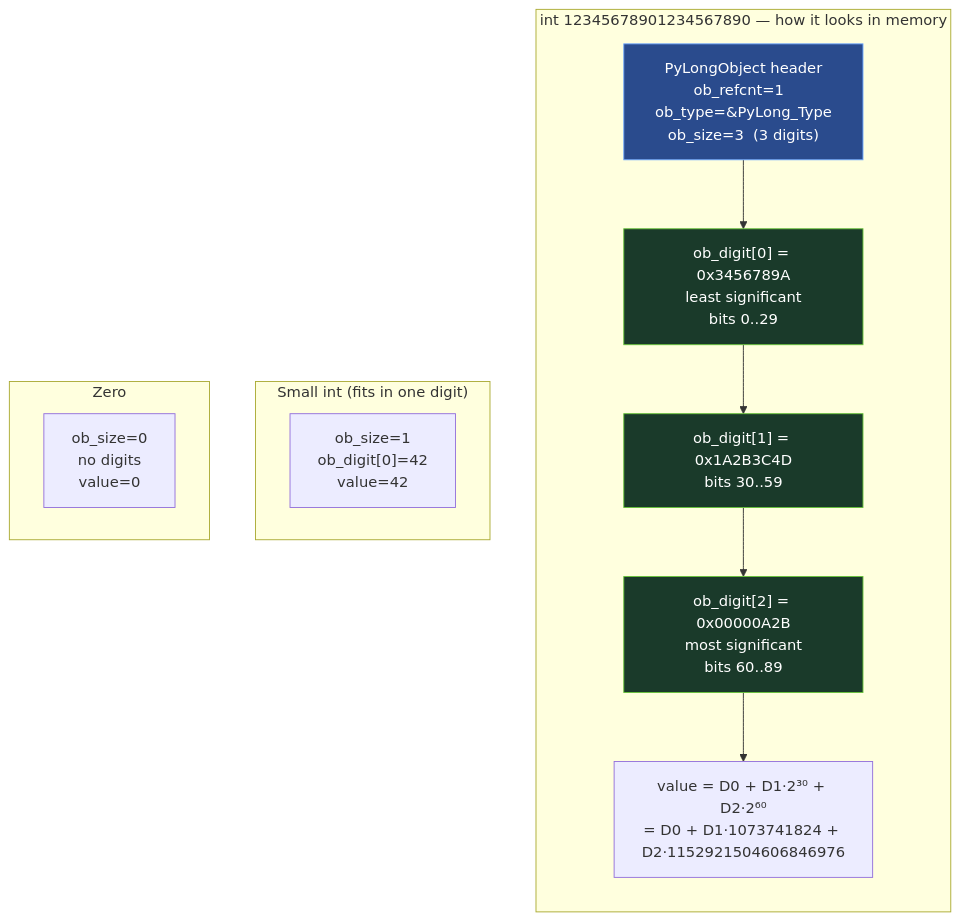
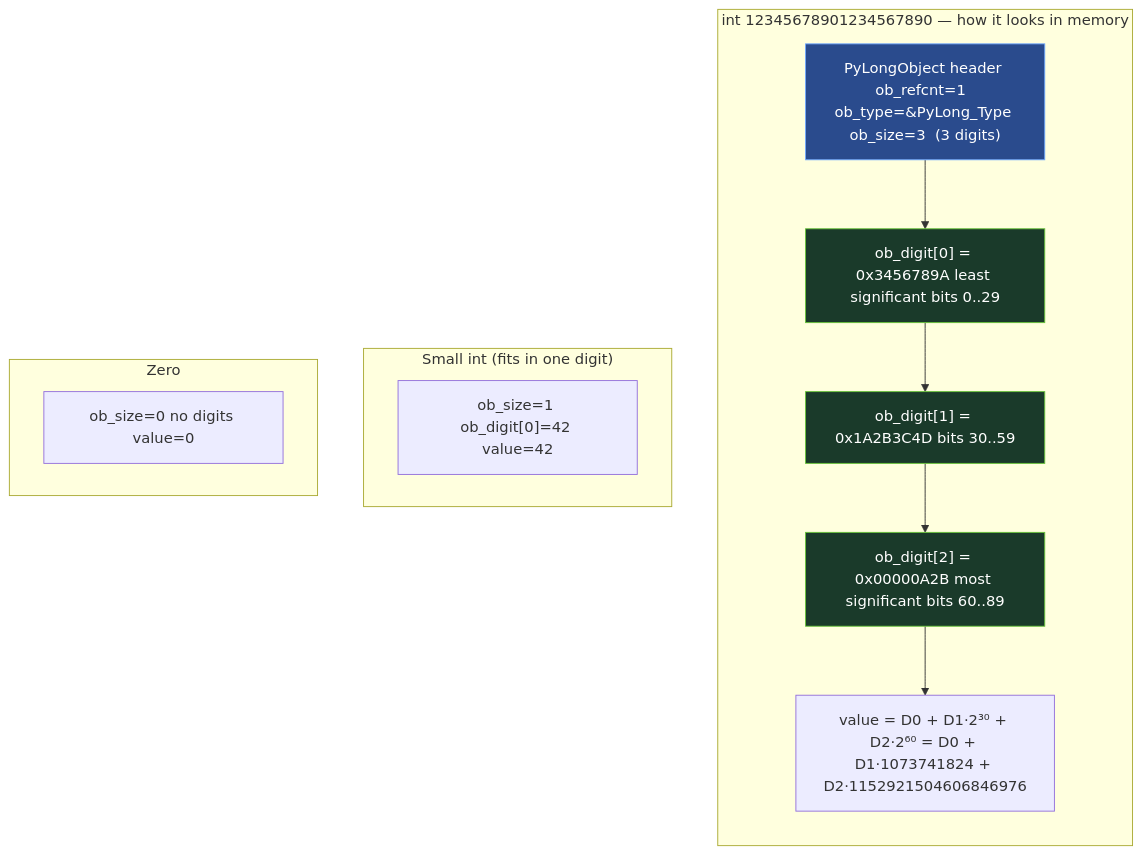
One commit to bumbsclaw/textbooks changed the seventh of 8 diagrams in vol-16-python-cpython-internals/ch02-objects-refcount.md. Above: the diagram before and after it, drawn with Mermaid. The commit also changed other lines of this file and 9 other files, not shown here.

First line of the commit message:
fix(pdf, mermaid): syntax-highlighted code blocks + diagram label fixes

````diff
--- a/vol-16-python-cpython-internals/ch02-objects-refcount.md
+++ b/vol-16-python-cpython-internals/ch02-objects-refcount.md
@@ -883,26 +883,26 @@
 ```mermaid
 flowchart TB
     subgraph INT1234["int 12345678901234567890 — how it looks in memory"]
         direction TB
-        HDR["PyLongObject header<br/>ob_refcnt=1  ob_type=&PyLong_Type<br/>ob_size=3  (3 digits)"]
-        D0["ob_digit[0] = 0x3456789A<br/>least significant<br/>bits 0..29"]
-        D1["ob_digit[1] = 0x1A2B3C4D<br/>bits 30..59"]
-        D2["ob_digit[2] = 0x00000A2B<br/>most significant<br/>bits 60..89"]
+        HDR["PyLongObject header ob_refcnt=1  ob_type=&PyLong_Type ob_size=3  (3 digits)"]
+        D0["ob_digit[0] = 0x3456789A least significant bits 0..29"]
+        D1["ob_digit[1] = 0x1A2B3C4D bits 30..59"]
+        D2["ob_digit[2] = 0x00000A2B most significant bits 60..89"]
         HDR --> D0 --> D1 --> D2
-        VAL["value = D0 + D1·2³⁰ + D2·2⁶⁰<br/>= D0 + D1·1073741824 + D2·1152921504606846976"]
+        VAL["value = D0 + D1·2³⁰ + D2·2⁶⁰ = D0 + D1·1073741824 + D2·1152921504606846976"]
         D2 --> VAL
     end
 
     subgraph SMALL["Small int (fits in one digit)"]
-        S_HDR["ob_size=1<br/>ob_digit[0]=42<br/>value=42"]
+        S_HDR["ob_size=1 ob_digit[0]=42 value=42"]
     end
 
     subgraph ZERO["Zero"]
-        Z_HDR["ob_size=0<br/>no digits<br/>value=0"]
+        Z_HDR["ob_size=0 no digits value=0"]
     end
 
     style HDR fill:#2a4b8d,stroke:#6ea8fe,color:#fff
     style D0 fill:#1a3a2a,stroke:#67c23a,color:#fff
     style D1 fill:#1a3a2a,stroke:#67c23a,color:#fff
     style D2 fill:#1a3a2a,stroke:#67c23a,color:#fff
 ```
````
